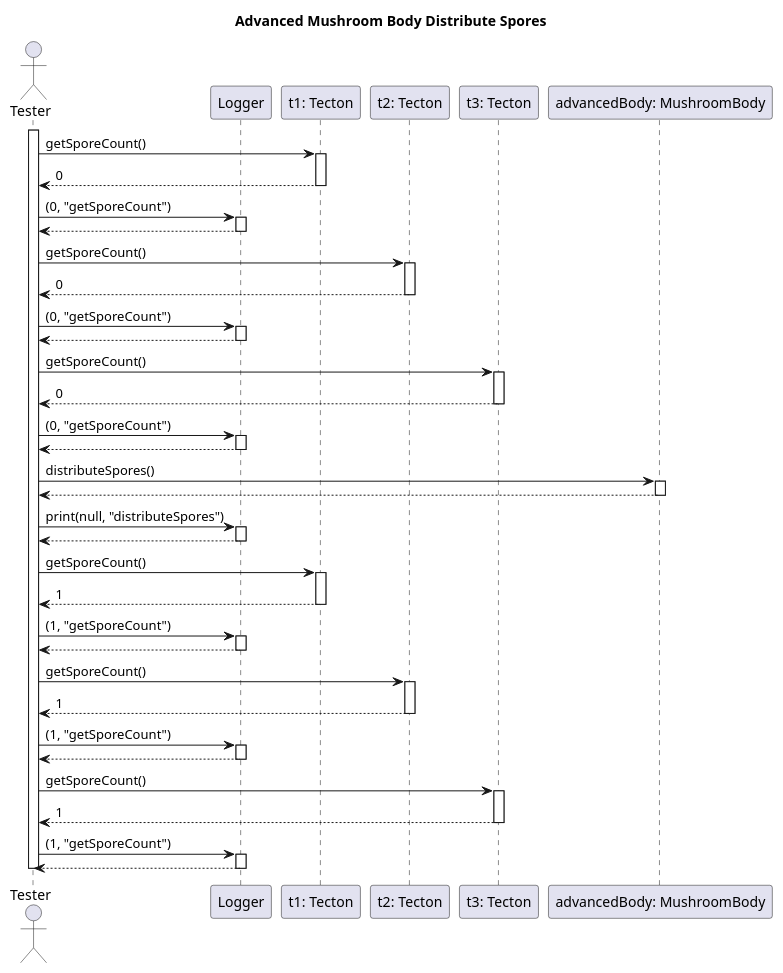
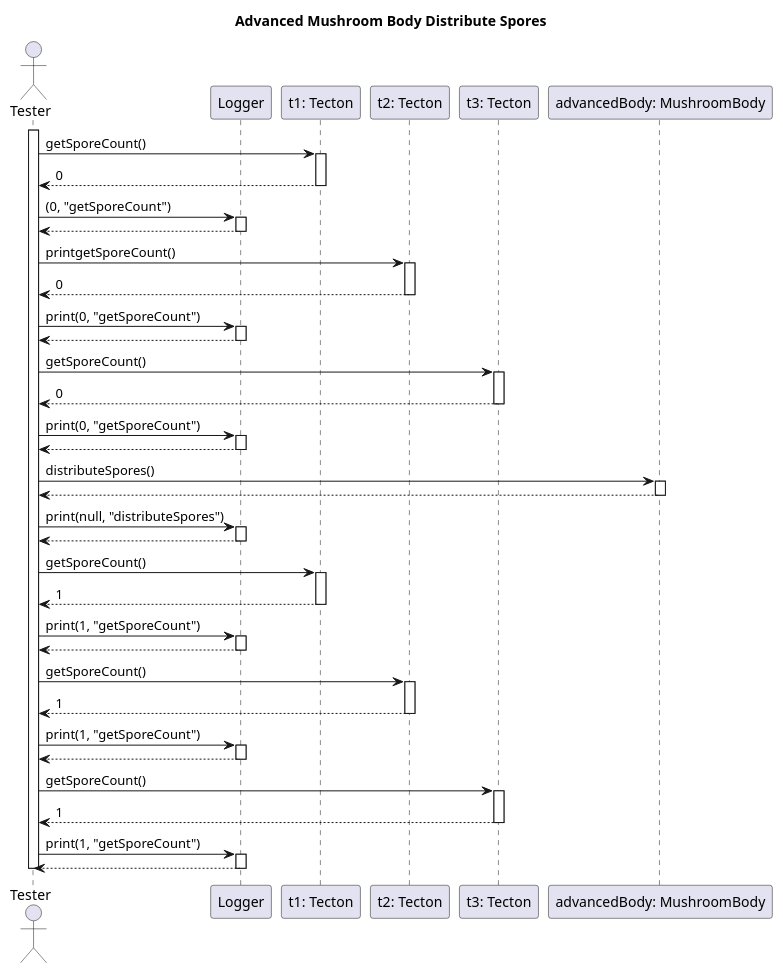
One commit to dzsem/projlab changed the diagram in diagrams/test-sequence/mushroom/advancedMushroomBodyDistributeSpores.wsd. Above: the diagram before and after it, drawn with PlantUML.

Commit message:
Fixed advanced body spore

```diff
--- a/diagrams/test-sequence/mushroom/advancedMushroomBodyDistributeSpores.wsd
+++ b/diagrams/test-sequence/mushroom/advancedMushroomBodyDistributeSpores.wsd
@@ -1,88 +1,88 @@
 @startuml Advanced Mushroom Body Distribute Spores
 
 title Advanced Mushroom Body Distribute Spores
 
 actor "Tester" as tester
 
 participant "Logger" as logger
 
 participant "t1: Tecton" as t1
 participant "t2: Tecton" as t2
 participant "t3: Tecton" as t3
 
 participant "advancedBody: MushroomBody" as amb
 
 activate tester
 
 tester -> t1: getSporeCount()
 activate t1
 t1 --> tester: 0
 deactivate t1
 
 tester -> logger: (0, "getSporeCount")
 activate logger
 logger --> tester
 deactivate logger
 
-tester -> t2: getSporeCount()
+tester -> t2: printgetSporeCount()
 activate t2
 t2 --> tester: 0
 deactivate t2
 
-tester -> logger: (0, "getSporeCount")
+tester -> logger: print(0, "getSporeCount")
 activate logger
 logger --> tester
 deactivate logger
 
 tester -> t3: getSporeCount()
 activate t3
 t3 --> tester: 0
 deactivate t3
 
-tester -> logger: (0, "getSporeCount")
+tester -> logger: print(0, "getSporeCount")
 activate logger
 logger --> tester
 deactivate logger
 
 tester -> amb: distributeSpores() 
 activate amb
 amb --> tester
 deactivate amb
 
 tester -> logger: print(null, "distributeSpores")
 activate logger
 logger --> tester
 deactivate logger
 
 tester -> t1: getSporeCount()
 activate t1
 t1 --> tester: 1
 deactivate t1
 
-tester -> logger: (1, "getSporeCount")
+tester -> logger: print(1, "getSporeCount")
 activate logger
 logger --> tester
 deactivate logger
 
 tester -> t2: getSporeCount()
 activate t2
 t2 --> tester: 1
 deactivate t2
 
-tester -> logger: (1, "getSporeCount")
+tester -> logger: print(1, "getSporeCount")
 activate logger
 logger --> tester
 deactivate logger
 
 tester -> t3: getSporeCount()
 activate t3
 t3 --> tester: 1
 deactivate t3
 
-tester -> logger: (1, "getSporeCount")
+tester -> logger: print(1, "getSporeCount")
 activate logger
 logger --> tester
 deactivate logger
 
 deactivate tester
 @enduml
```
